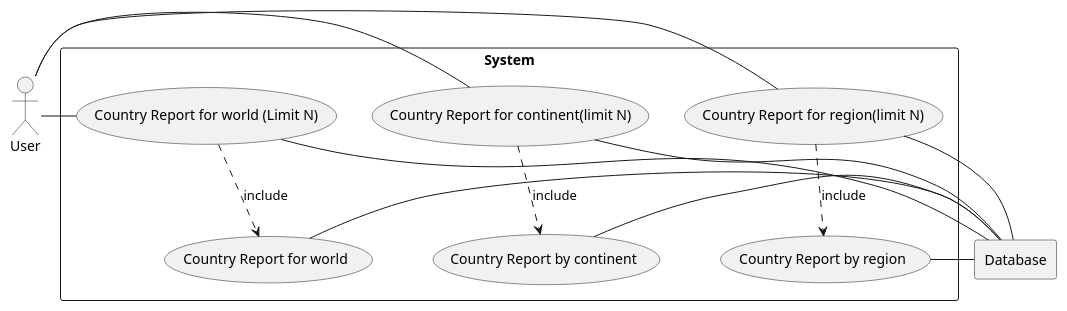
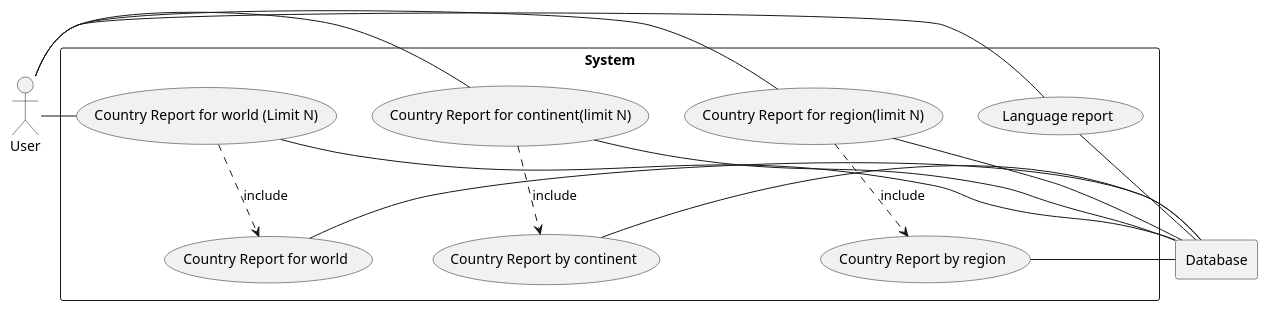
The diagram in use-cases/diagram-1.puml (Drakon4ik-Coder/SET08103_GP), drawn with PlantUML before and after one commit. The commit also changed 6 other files, not shown here.

Commit message:
Added use case for Language report

```diff
--- a/use-cases/diagram-1.puml
+++ b/use-cases/diagram-1.puml
@@ -1,31 +1,34 @@
 @startuml
 
 actor U as "User"
 
 rectangle Database
 
 rectangle "System" {
     usecase UC1 as "Country Report for world"
     usecase UC2 as "Country Report for world (Limit N)"
     usecase UC3 as "Country Report by continent"
     usecase UC4 as "Country Report for continent(limit N)"
     usecase UC5 as "Country Report by region"
     usecase UC6 as "Country Report for region(limit N)"
+    usecase UC7 as "Language report"
 
     U - UC2
     U - UC4
     U - UC6
+    U - UC7
 
     UC2 ..> UC1 : include
     UC4 ..> UC3 : include
     UC6 ..> UC5 : include
 
     UC1 - Database
     UC2 - Database
     UC3 - Database
     UC4 - Database
     UC5 - Database
     UC6 - Database
+    UC7 - Database
 }
 
 @enduml
```
